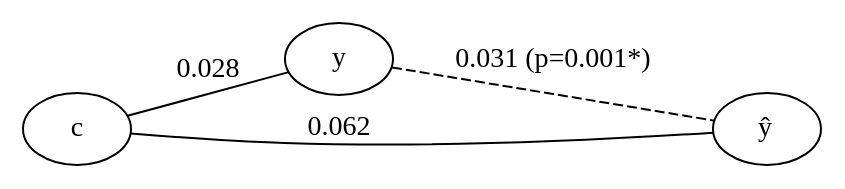
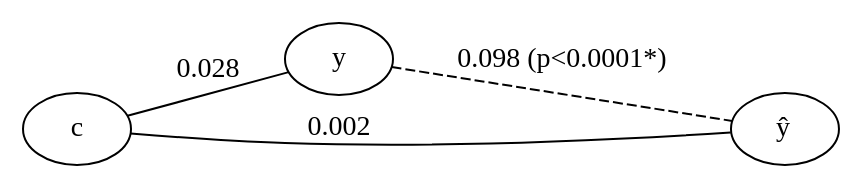
The diagram in fig/raw/emp_abide_motion_reg_full.dot (pni-lab/mlconfound-manuscript), drawn with Graphviz before and after one commit. The commit also changed 143 other files, not shown here.

```diff
--- a/fig/raw/emp_abide_motion_reg_full.dot
+++ b/fig/raw/emp_abide_motion_reg_full.dot
@@ -1,9 +1,9 @@
 graph {
 	rankdir=LR
 	c [label=c]
 	y [label=y]
 	yhat [label=<y&#770;>]
-	c -- yhat [label=0.062]
+	c -- yhat [label=0.002]
 	c -- y [label=0.028]
-	y -- yhat [label="0.031 (p=0.001*)" style=dashed]
+	y -- yhat [label="0.098 (p<0.0001*)" style=dashed]
 }
```
